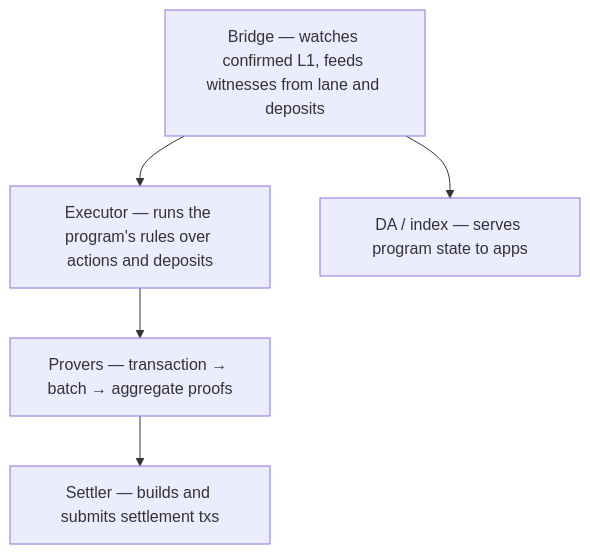
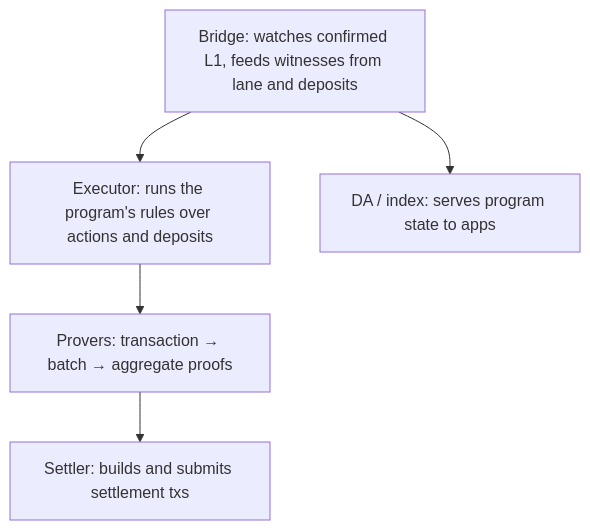
One commit to biryukovmaxim/vprogs-workshop changed the diagram in src/machinery.md. Above: the diagram before and after it, drawn with Mermaid. The commit also changed other lines of this file and 11 other files, not shown here.

````diff
--- a/src/machinery.md
+++ b/src/machinery.md
@@ -6,10 +6,10 @@
 ```mermaid
 flowchart TB
-    BR["Bridge — watches confirmed L1, feeds witnesses from lane and deposits"]
-    EX["Executor — runs the program's rules over actions and deposits"]
-    PR["Provers — transaction → batch → aggregate proofs"]
-    ST["Settler — builds and submits settlement txs"]
-    DA["DA / index — serves program state to apps"]
+    BR["Bridge: watches confirmed L1, feeds witnesses from lane and deposits"]
+    EX["Executor: runs the program's rules over actions and deposits"]
+    PR["Provers: transaction → batch → aggregate proofs"]
+    ST["Settler: builds and submits settlement txs"]
+    DA["DA / index: serves program state to apps"]
     BR --> EX --> PR --> ST
     BR --> DA
 ```
````
